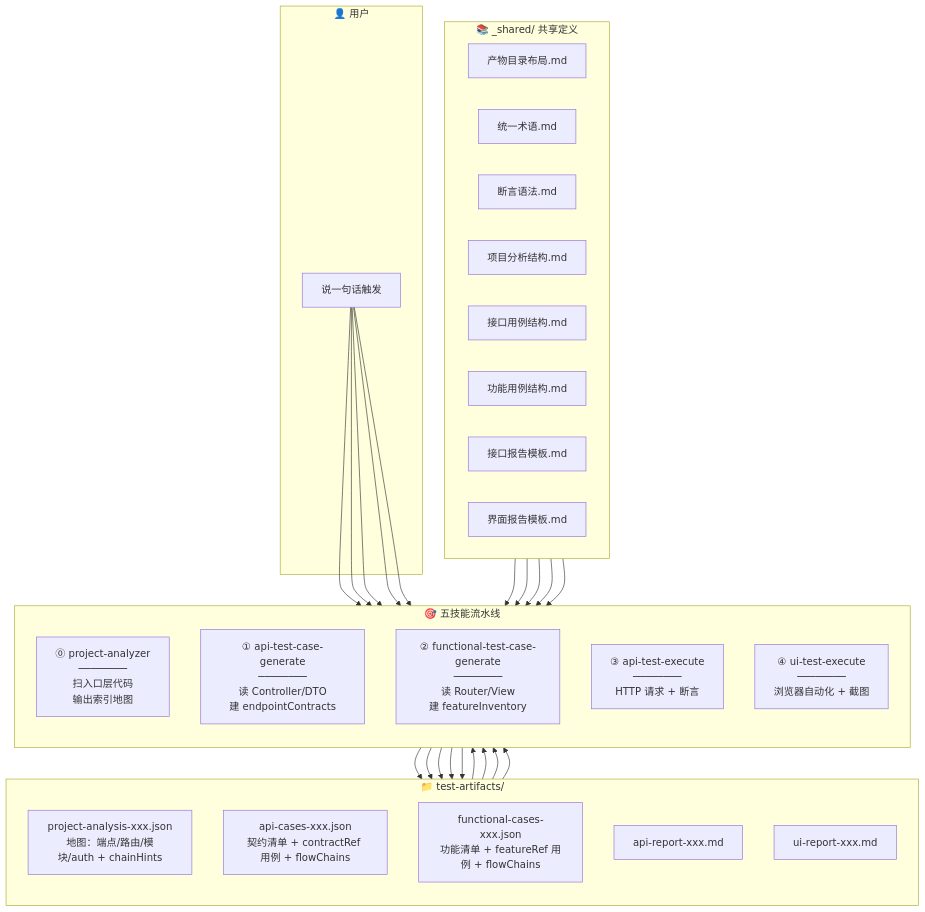
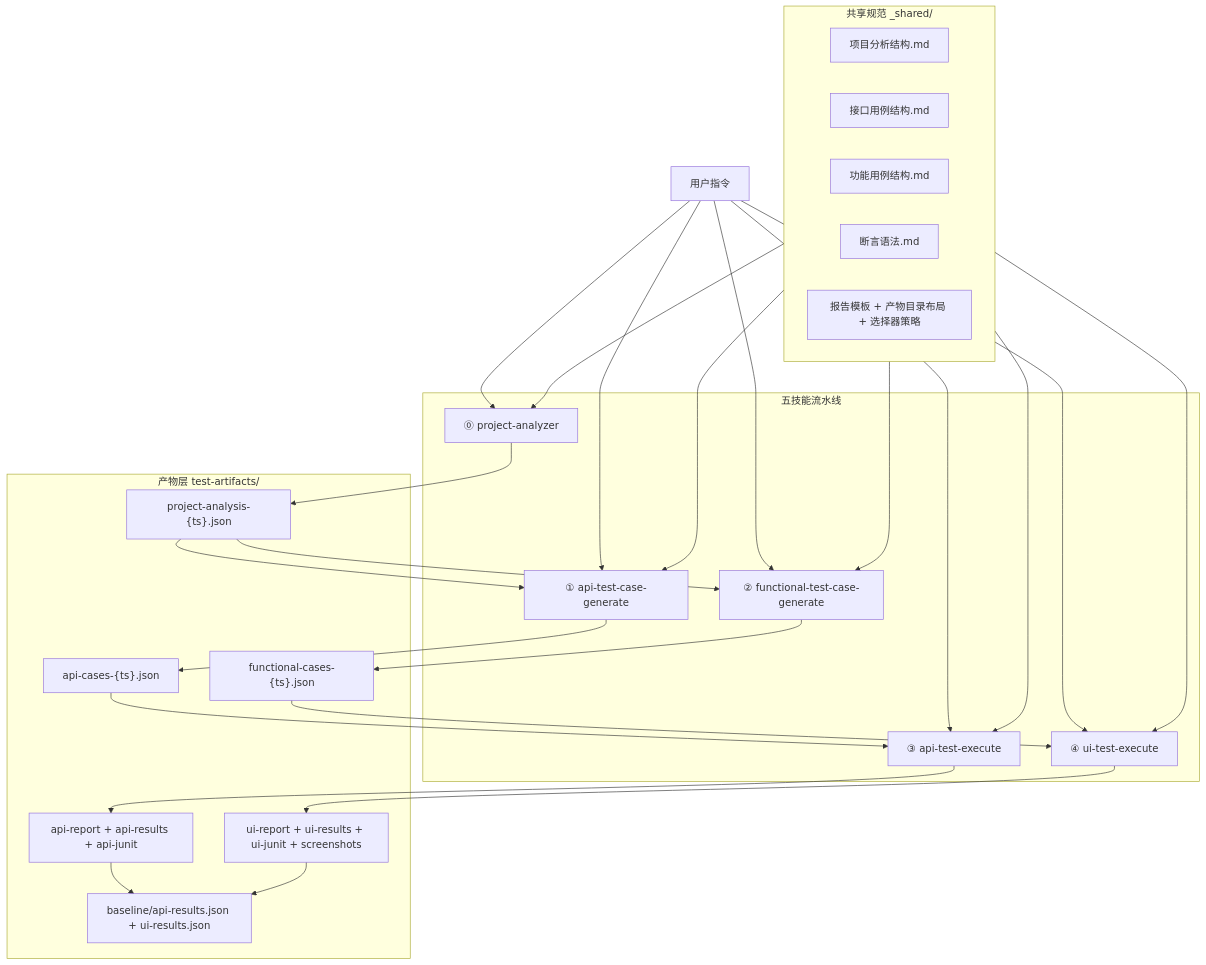
One commit to MakaCove/ai-test-pipeline changed the first of 2 diagrams in 架构与流程.md. Above: the diagram before and after it, drawn with Mermaid. The commit also changed other lines of this file and 46 other files, not shown here.

````diff
--- a/架构与流程.md
+++ b/架构与流程.md
@@ -10,47 +10,49 @@
 ```mermaid
 flowchart TB
-    subgraph 用户["👤 用户"]
-        U["说一句话触发"]
+    U["用户指令"]
+
+    subgraph S["五技能流水线"]
+      S0["⓪ project-analyzer"]
+      S1["① api-test-case-generate"]
+      S2["② functional-test-case-generate"]
+      S3["③ api-test-execute"]
+      S4["④ ui-test-execute"]
     end
 
-    subgraph 技能层["🎯 五技能流水线"]
-        direction TB
-        S0["⓪ project-analyzer<br/>────────<br/>扫入口层代码<br/>输出索引地图"]
-        S1["① api-test-case-generate<br/>────────<br/>读 Controller/DTO<br/>建 endpointContracts"]
-        S2["② functional-test-case-generate<br/>────────<br/>读 Router/View<br/>建 featureInventory"]
-        S3["③ api-test-execute<br/>────────<br/>HTTP 请求 + 断言"]
-        S4["④ ui-test-execute<br/>────────<br/>浏览器自动化 + 截图"]
+    subgraph A["产物层 test-artifacts/"]
+      A0["project-analysis-{ts}.json"]
+      A1["api-cases-{ts}.json"]
+      A2["functional-cases-{ts}.json"]
+      A3["api-report + api-results + api-junit"]
+      A4["ui-report + ui-results + ui-junit + screenshots"]
+      A5["baseline/api-results.json + ui-results.json"]
     end
 
-    subgraph 产物层["📁 test-artifacts/"]
-        direction TB
-        A0["project-analysis-xxx.json<br/>地图：端点/路由/模块/auth + chainHints"]
-        A1["api-cases-xxx.json<br/>契约清单 + contractRef 用例 + flowChains"]
-        A2["functional-cases-xxx.json<br/>功能清单 + featureRef 用例 + flowChains"]
-        A3["api-report-xxx.md"]
-        A4["ui-report-xxx.md"]
+    subgraph C["共享规范 _shared/"]
+      C1["项目分析结构.md"]
+      C2["接口用例结构.md"]
+      C3["功能用例结构.md"]
+      C4["断言语法.md"]
+      C5["报告模板 + 产物目录布局 + 选择器策略"]
     end
 
-    subgraph 共享层["📚 _shared/ 共享定义"]
-        direction LR
-        SH1["产物目录布局.md"]
-        SH2["统一术语.md"]
-        SH3["断言语法.md"]
-        SH4["项目分析结构.md"]
-        SH5["接口用例结构.md"]
-        SH6["功能用例结构.md"]
-        SH7["接口报告模板.md"]
-        SH8["界面报告模板.md"]
-    end
-
-    U --> S0 & S1 & S2 & S3 & S4
+    U --> S0
+    U --> S1
+    U --> S2
+    U --> S3
+    U --> S4
 
     S0 --> A0
-    A0 --> S1 & S2
-    S1 --> A1
-    S2 --> A2
-    A1 --> S3 --> A3
-    A2 --> S4 --> A4
+    A0 --> S1
+    A0 --> S2
+    S1 --> A1 --> S3 --> A3
+    S2 --> A2 --> S4 --> A4
+    A3 --> A5
+    A4 --> A5
 
-    共享层 --> S0 & S1 & S2 & S3 & S4
+    C --> S0
+    C --> S1
+    C --> S2
+    C --> S3
+    C --> S4
 ```
````
